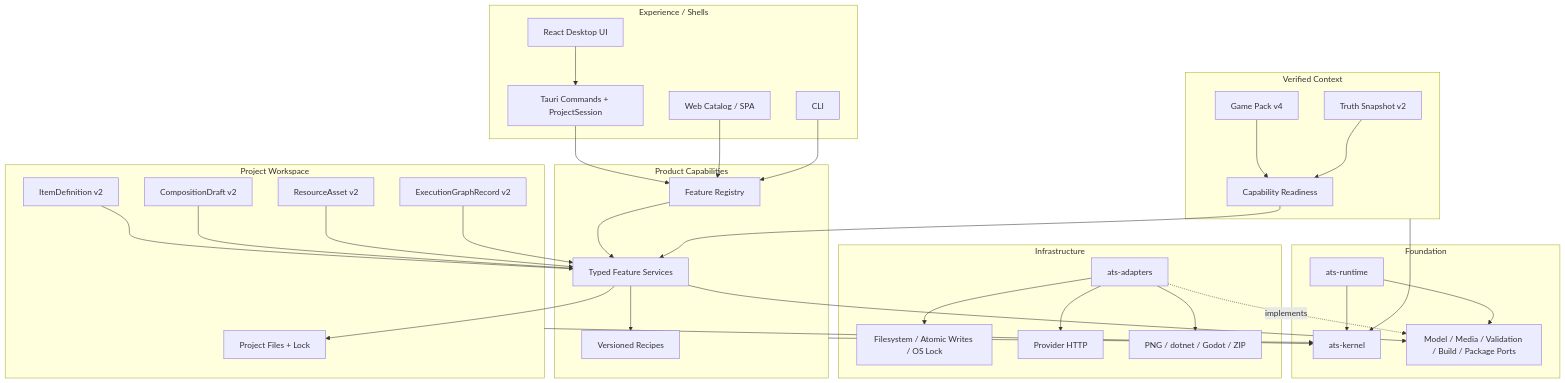
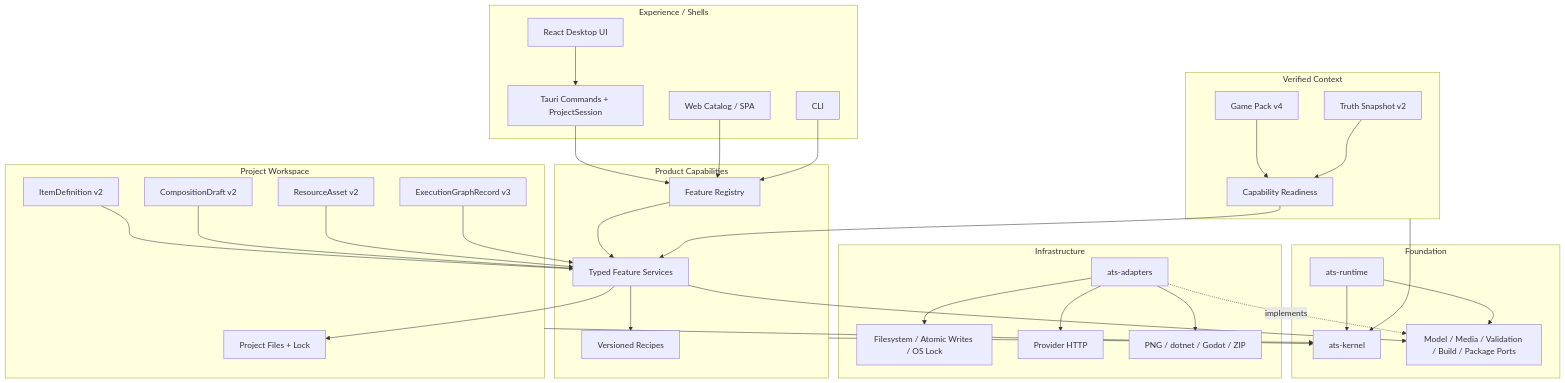
Before and after one commit to Frashmeat/AgentForSTS2: the first of 2 diagrams in docs/01-总览/项目架构总览.md, drawn with Mermaid. The commit also changed other lines of this file and 30 other files, not shown here.

````diff
--- a/docs/01-总览/项目架构总览.md
+++ b/docs/01-总览/项目架构总览.md
@@ -27,67 +27,67 @@
 ```mermaid
 flowchart TB
     subgraph Shells[Experience / Shells]
         React[React Desktop UI]
         Tauri[Tauri Commands + ProjectSession]
         Web[Web Catalog / SPA]
         CLI[CLI]
     end
 
     subgraph Product[Product Capabilities]
         Registry[Feature Registry]
         Features[Typed Feature Services]
         Recipes[Versioned Recipes]
     end
 
     subgraph Context[Verified Context]
         Pack[Game Pack v4]
         Truth[Truth Snapshot v2]
         Ready[Capability Readiness]
     end
 
     subgraph Workspace[Project Workspace]
         Item[ItemDefinition v2]
         Draft[CompositionDraft v2]
         Resource[ResourceAsset v2]
-        Graph[ExecutionGraphRecord v2]
+        Graph[ExecutionGraphRecord v3]
         Project[Project Files + Lock]
     end
 
     subgraph Foundation[Foundation]
         Kernel[ats-kernel]
         Runtime[ats-runtime]
         Ports[Model / Media / Validation / Build / Package Ports]
     end
 
     subgraph Infrastructure[Infrastructure]
         Adapters[ats-adapters]
         FS[Filesystem / Atomic Writes / OS Lock]
         HTTP[Provider HTTP]
         Tools[PNG / dotnet / Godot / ZIP]
     end
 
     React --> Tauri
     Tauri --> Registry
     Web --> Registry
     CLI --> Registry
     Registry --> Features
     Features --> Recipes
     Pack --> Ready
     Truth --> Ready
     Ready --> Features
     Item --> Features
     Draft --> Features
     Resource --> Features
     Graph --> Features
     Features --> Ports
     Features --> Project
     Runtime --> Ports
     Adapters -. implements .-> Ports
     Adapters --> FS
     Adapters --> HTTP
     Adapters --> Tools
     Product --> Kernel
     Context --> Kernel
     Workspace --> Kernel
     Runtime --> Kernel
 ```
````
